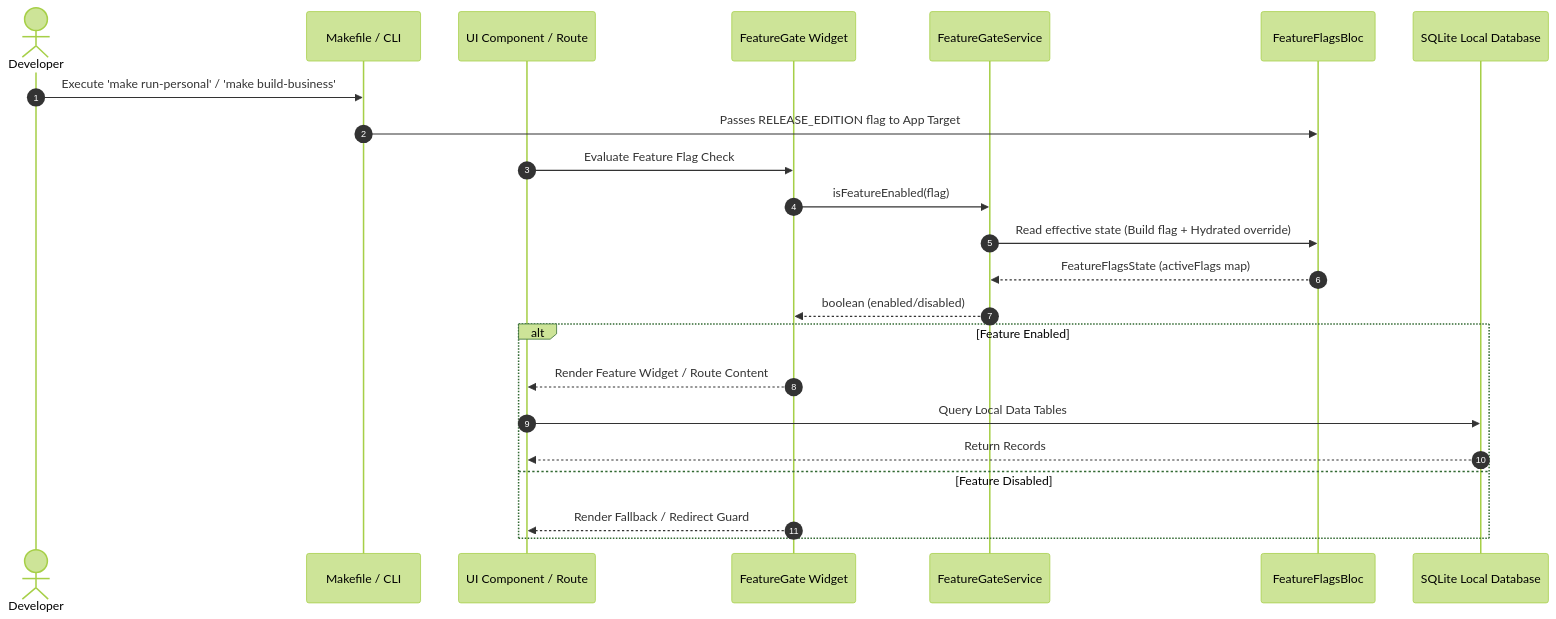
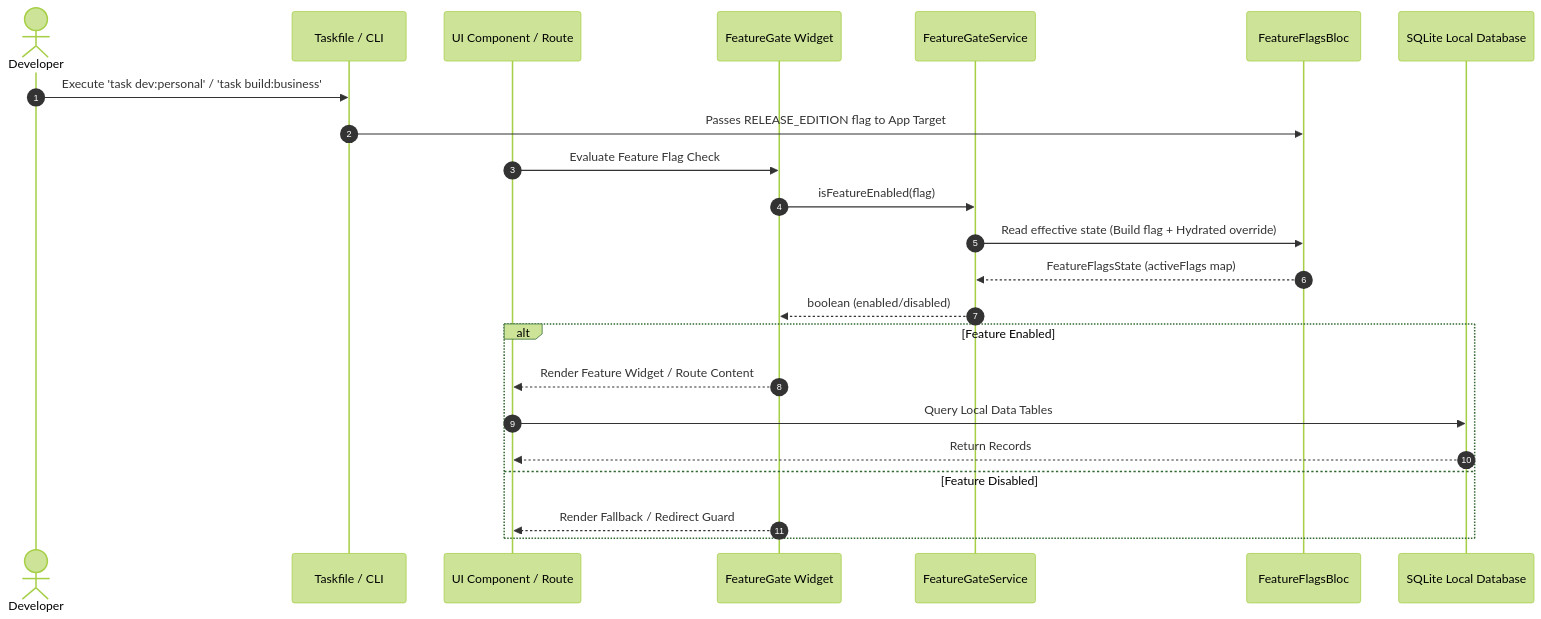
One commit to py-centric/budget_app changed the diagram in budget_app/docs/diagrams/feature_gating_sequence.md. Above: the diagram before and after it, drawn with Mermaid (forest theme). The commit also changed 7 other files, not shown here.

Commit message:
refactor(build): remove Makefiles and migrate documentation to Taskfile

````diff
--- a/budget_app/docs/diagrams/feature_gating_sequence.md
+++ b/budget_app/docs/diagrams/feature_gating_sequence.md
@@ -3,27 +3,27 @@
 ```mermaid
 sequenceDiagram
     autonumber
     actor Developer
-    participant Make as Makefile / CLI
+    participant Task as Taskfile / CLI
     participant View as UI Component / Route
     participant Gate as FeatureGate Widget
     participant Service as FeatureGateService
     participant Bloc as FeatureFlagsBloc
     participant DB as SQLite Local Database
 
-    Developer->>Make: Execute 'make run-personal' / 'make build-business'
-    Make->>Bloc: Passes RELEASE_EDITION flag to App Target
+    Developer->>Task: Execute 'task dev:personal' / 'task build:business'
+    Task->>Bloc: Passes RELEASE_EDITION flag to App Target
     View->>Gate: Evaluate Feature Flag Check
     Gate->>Service: isFeatureEnabled(flag)
     Service->>Bloc: Read effective state (Build flag + Hydrated override)
     Bloc-->>Service: FeatureFlagsState (activeFlags map)
     Service-->>Gate: boolean (enabled/disabled)
 
     alt Feature Enabled
         Gate-->>View: Render Feature Widget / Route Content
         View->>DB: Query Local Data Tables
         DB-->>View: Return Records
     else Feature Disabled
         Gate-->>View: Render Fallback / Redirect Guard
     end
 ```
````
